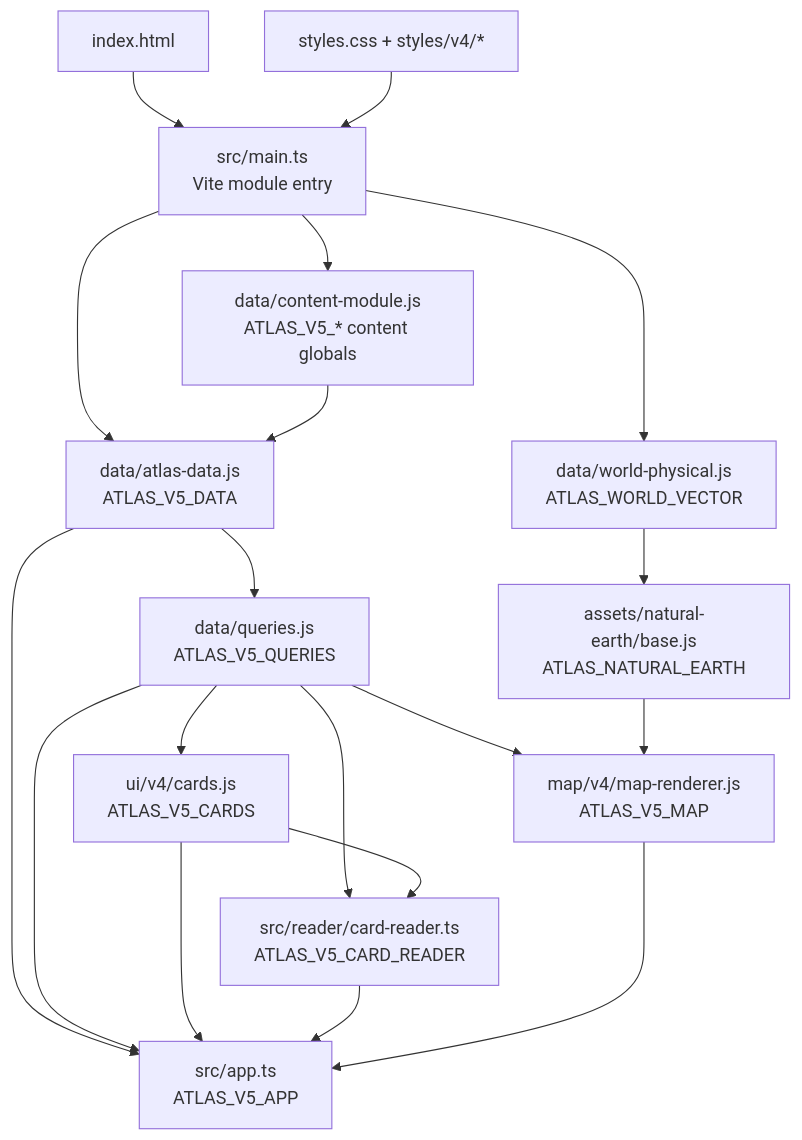
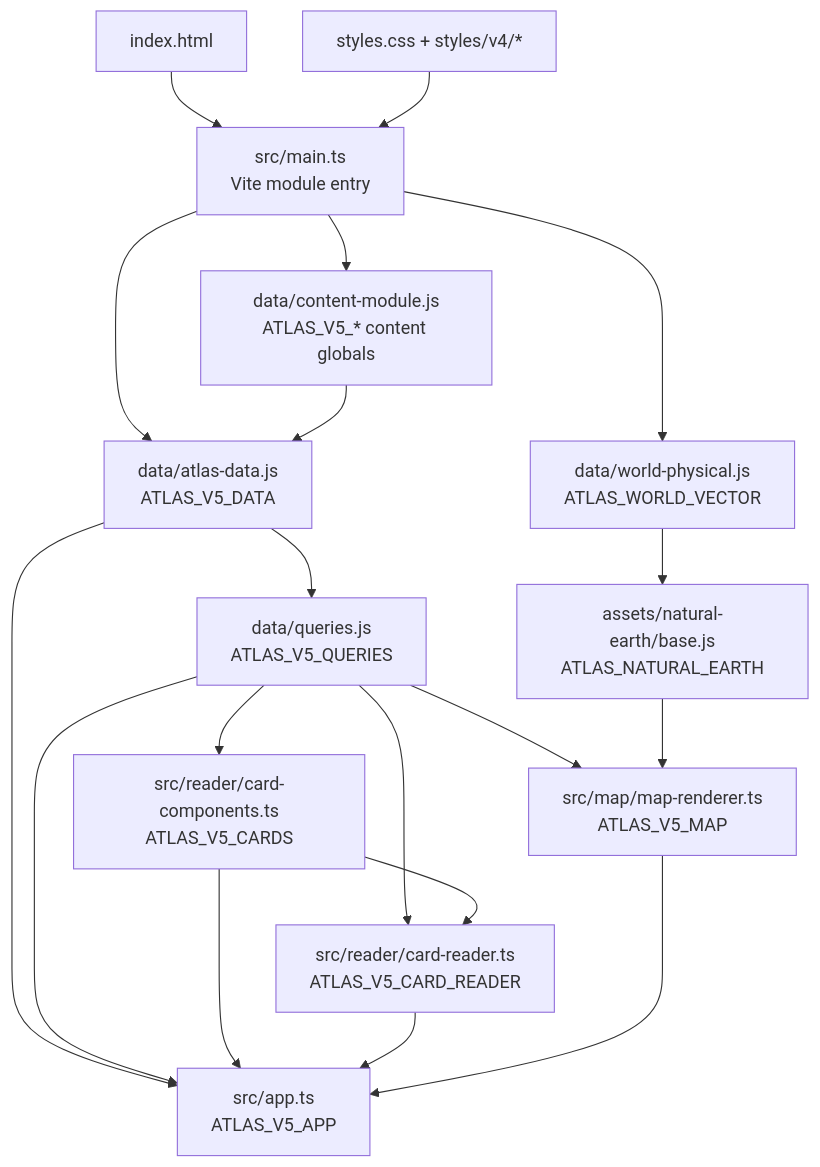
Before and after one commit to jiaxun-li/civilization-wander: the first of 4 diagrams in docs/ARCHITECTURE_AND_DATA_MODEL.md, drawn with Mermaid. The commit also changed other lines of this file and 14 other files, not shown here.

````diff
--- a/docs/ARCHITECTURE_AND_DATA_MODEL.md
+++ b/docs/ARCHITECTURE_AND_DATA_MODEL.md
@@ -35,21 +35,21 @@
 ```mermaid
 flowchart TD
     HTML["index.html"] --> ENTRY["src/main.ts\nVite module entry"]
     ENTRY --> WP["data/world-physical.js\nATLAS_WORLD_VECTOR"]
     ENTRY --> CM["data/content-module.js\nATLAS_V5_* content globals"]
     ENTRY --> D["data/atlas-data.js\nATLAS_V5_DATA"]
     CM --> D
     D --> Q["data/queries.js\nATLAS_V5_QUERIES"]
-    Q --> C["ui/v4/cards.js\nATLAS_V5_CARDS"]
+    Q --> C["src/reader/card-components.ts\nATLAS_V5_CARDS"]
     Q --> R["src/reader/card-reader.ts\nATLAS_V5_CARD_READER"]
     C --> R
     WP --> B["assets/natural-earth/base.js\nATLAS_NATURAL_EARTH"]
-    Q --> M["map/v4/map-renderer.js\nATLAS_V5_MAP"]
+    Q --> M["src/map/map-renderer.ts\nATLAS_V5_MAP"]
     B --> M
     D --> A["src/app.ts\nATLAS_V5_APP"]
     Q --> A
     C --> A
     R --> A
     M --> A
     CSS["styles.css + styles/v4/*"] --> ENTRY
 ```
````
